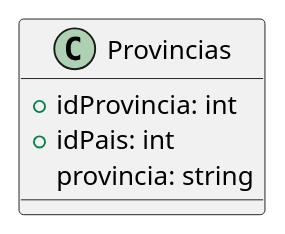
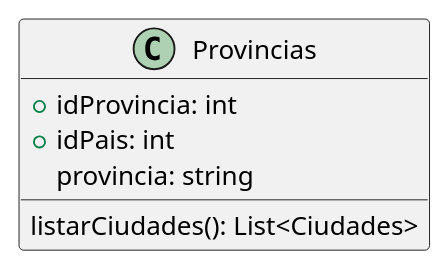
Before and after one commit to ZMGestion/DocumentacionZMGestion: the diagram in DiagramaClases/Clases/Provincias.puml, drawn with PlantUML. The commit also changed 48 other files, not shown here.

Commit message:
Nuevo metodos diagrama de clases

```diff
--- a/DiagramaClases/Clases/Provincias.puml
+++ b/DiagramaClases/Clases/Provincias.puml
@@ -1,7 +1,9 @@
 @startuml Provincias
 class Provincias{
     +idProvincia: int
     +idPais: int
     provincia: string
+
+    listarCiudades(): List<Ciudades>
 }
 @enduml
```
